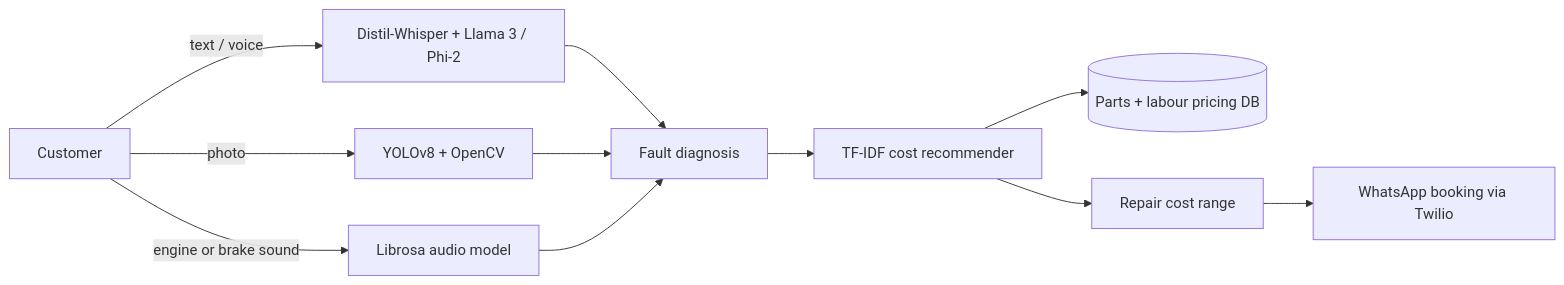
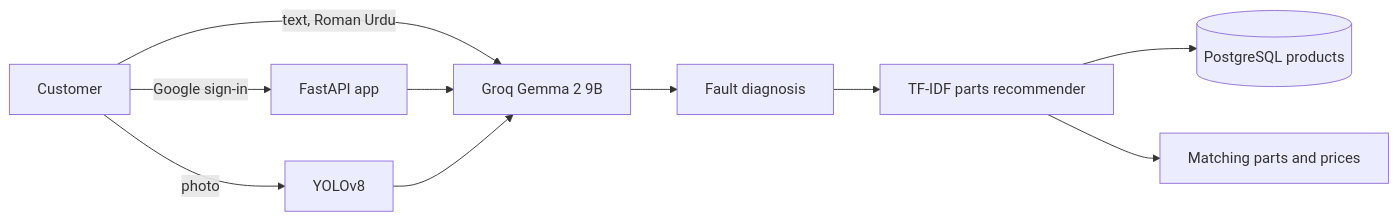
The diagram in README.md (ziauldin/auto-mate), drawn with Mermaid before and after one commit. The commit also changed other lines of this file and 70 other files, not shown here.

````diff
--- a/README.md
+++ b/README.md
@@ -37,13 +31,12 @@
 ```mermaid
 flowchart LR
-    U[Customer] -->|text / voice| N[Distil-Whisper + Llama 3 / Phi-2]
-    U -->|photo| Y[YOLOv8 + OpenCV]
-    U -->|engine or brake sound| A[Librosa audio model]
-    N --> D[Fault diagnosis]
-    Y --> D
-    A --> D
-    D --> R[TF-IDF cost recommender]
-    R --> DB[(Parts + labour pricing DB)]
-    R --> Q[Repair cost range]
-    Q --> B[WhatsApp booking via Twilio]
+    U[Customer] -->|Google sign-in| APP[FastAPI app]
+    U -->|text, Roman Urdu| LLM[Groq Gemma 2 9B]
+    U -->|photo| Y[YOLOv8]
+    APP --> LLM
+    Y --> LLM
+    LLM --> D[Fault diagnosis]
+    D --> R[TF-IDF parts recommender]
+    R --> DB[(PostgreSQL products)]
+    R --> Q[Matching parts and prices]
 ```
````
